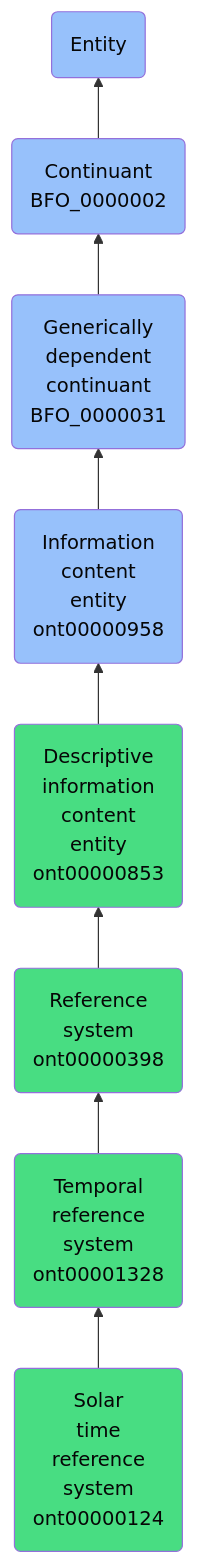
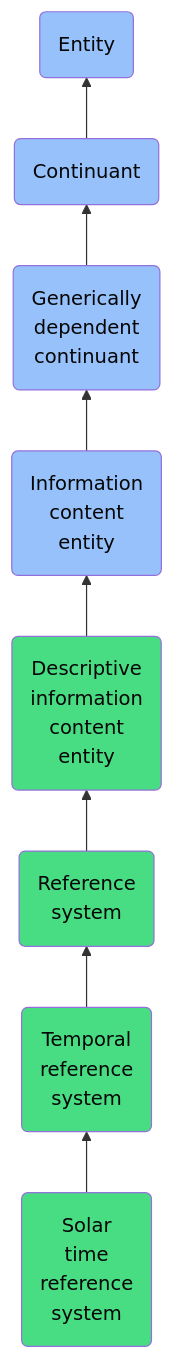
The diagram in docs/ontology/reference/model/Entity/Continuant/Generically dependent continuant/Information content entity/Descriptive information content entity/Reference system/Temporal reference system/Solar time reference system/Solar time reference system.md (jupyter-naas/abi), drawn with Mermaid before and after one commit. The commit also changed other lines of this file and 1430 other files, not shown here.

````diff
--- a/docs/ontology/reference/model/Entity/Continuant/Generically dependent continuant/Information content entity/Descriptive information content entity/Reference system/Temporal reference system/Solar time reference system/Solar time reference system.md
+++ b/docs/ontology/reference/model/Entity/Continuant/Generically dependent continuant/Information content entity/Descriptive information content entity/Reference system/Temporal reference system/Solar time reference system/Solar time reference system.md
@@ -24,15 +24,15 @@
 ```mermaid
 graph BT
-    ont00000124(Solar<br>time<br>reference<br>system<br>ont00000124):::ABI-->ont00001328
-    ont00001328(Temporal<br>reference<br>system<br>ont00001328):::ABI-->ont00000398
-    ont00000398(Reference<br>system<br>ont00000398):::ABI-->ont00000853
-    ont00000853(Descriptive<br>information<br>content<br>entity<br>ont00000853):::ABI-->ont00000958
-    ont00000958(Information<br>content<br>entity<br>ont00000958):::BFO-->BFO_0000031
-    BFO_0000031(Generically<br>dependent<br>continuant<br>BFO_0000031):::BFO-->BFO_0000002
-    BFO_0000002(Continuant<br>BFO_0000002):::BFO-->BFO_0000001
+    ont00000124(Solar<br>time<br>reference<br>system):::ABI-->ont00001328
+    ont00001328(Temporal<br>reference<br>system):::ABI-->ont00000398
+    ont00000398(Reference<br>system):::ABI-->ont00000853
+    ont00000853(Descriptive<br>information<br>content<br>entity):::ABI-->ont00000958
+    ont00000958(Information<br>content<br>entity):::BFO-->BFO_0000031
+    BFO_0000031(Generically<br>dependent<br>continuant):::BFO-->BFO_0000002
+    BFO_0000002(Continuant):::BFO-->BFO_0000001
     BFO_0000001(Entity):::BFO
     
     classDef BFO fill:#97c1fb,color:#060606
     classDef CCO fill:#e4c51e,color:#060606
     classDef ABI fill:#48DD82,color:#060606
 ```
````
